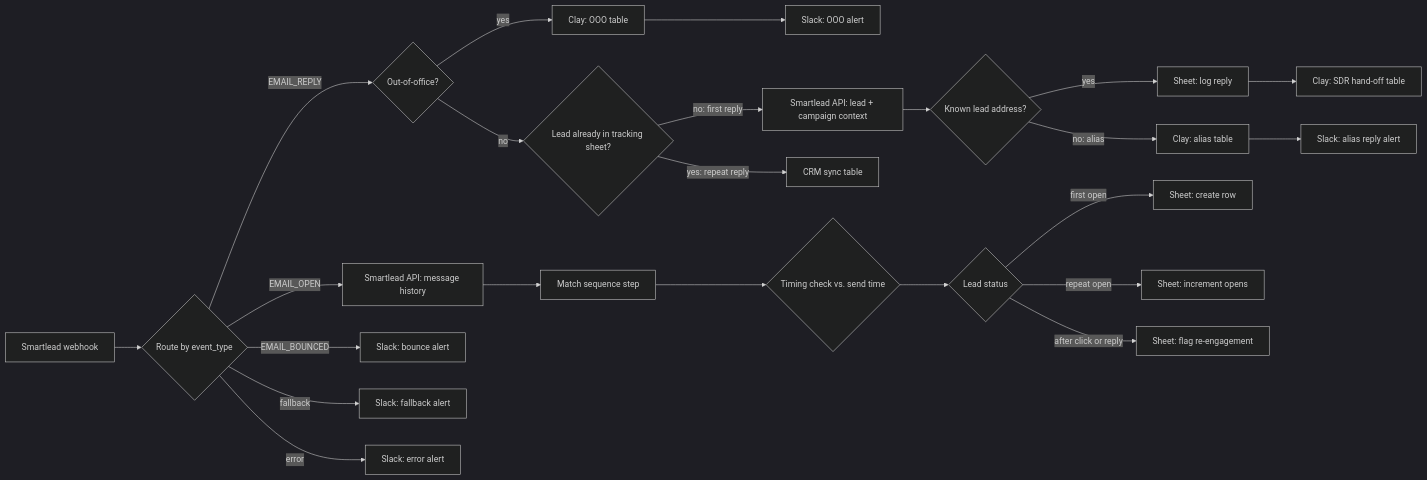
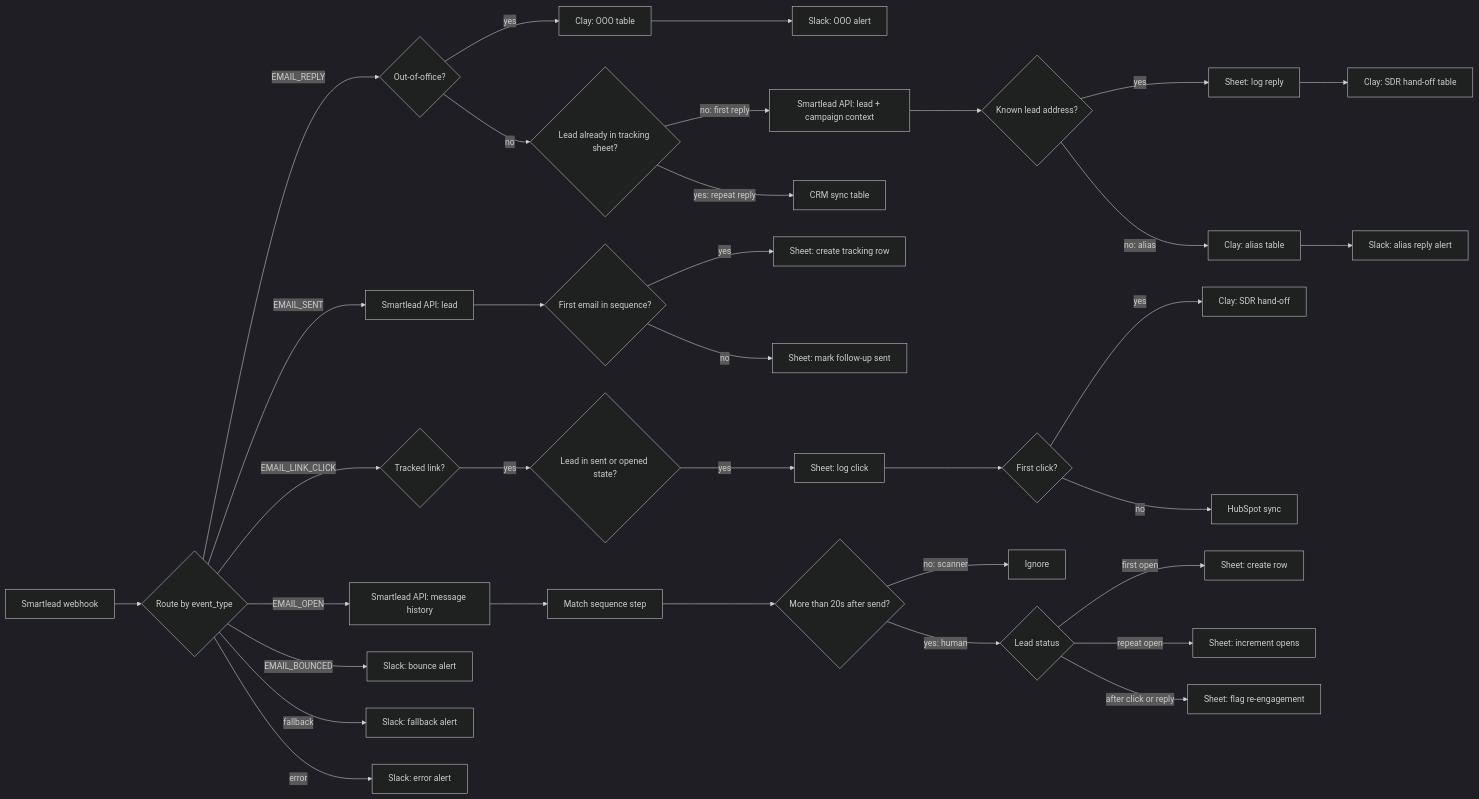
One commit to amjaddwikat/gtm-workflows changed the diagram in docs/case-studies/01-outbound-email-signal-router.md. Above: the diagram before and after it, drawn with Mermaid (dark theme). The commit also changed other lines of this file and 13 other files, not shown here.

````diff
--- a/docs/case-studies/01-outbound-email-signal-router.md
+++ b/docs/case-studies/01-outbound-email-signal-router.md
@@ -29,24 +30,35 @@
 ```mermaid
 flowchart LR
     SL["Smartlead webhook"] --> R{"Route by event_type"}
 
     R -->|EMAIL_REPLY| OOO{"Out-of-office?"}
     OOO -->|yes| OOOC["Clay: OOO table"] --> OOOS["Slack: OOO alert"]
     OOO -->|no| FR{"Lead already in tracking sheet?"}
     FR -->|no: first reply| API["Smartlead API: lead + campaign context"]
     API --> AL{"Known lead address?"}
     AL -->|yes| LOG["Sheet: log reply"] --> SDR["Clay: SDR hand-off table"]
     AL -->|no: alias| ALC["Clay: alias table"] --> ALS["Slack: alias reply alert"]
     FR -->|yes: repeat reply| CRM["CRM sync table"]
 
+    R -->|EMAIL_SENT| LK["Smartlead API: lead"] --> FE{"First email in sequence?"}
+    FE -->|yes| NEW["Sheet: create tracking row"]
+    FE -->|no| FUP["Sheet: mark follow-up sent"]
+
+    R -->|EMAIL_LINK_CLICK| TR{"Tracked link?"}
+    TR -->|yes| CS{"Lead in sent or opened state?"}
+    CS -->|yes| CU["Sheet: log click"] --> FC{"First click?"}
+    FC -->|yes| CSDR["Clay: SDR hand-off"]
+    FC -->|no| CHS["HubSpot sync"]
+
     R -->|EMAIL_OPEN| MH["Smartlead API: message history"]
-    MH --> SEQ["Match sequence step"] --> BOT{"Timing check vs. send time"}
-    BOT --> ST{"Lead status"}
+    MH --> SEQ["Match sequence step"] --> BOT{"More than 20s after send?"}
+    BOT -->|no: scanner| DROP["Ignore"]
+    BOT -->|yes: human| ST{"Lead status"}
     ST -->|first open| O1["Sheet: create row"]
     ST -->|repeat open| O2["Sheet: increment opens"]
     ST -->|after click or reply| O3["Sheet: flag re-engagement"]
 
     R -->|EMAIL_BOUNCED| B["Slack: bounce alert"]
     R -->|fallback| FB["Slack: fallback alert"]
     R -->|error| ER["Slack: error alert"]
 ```
````
